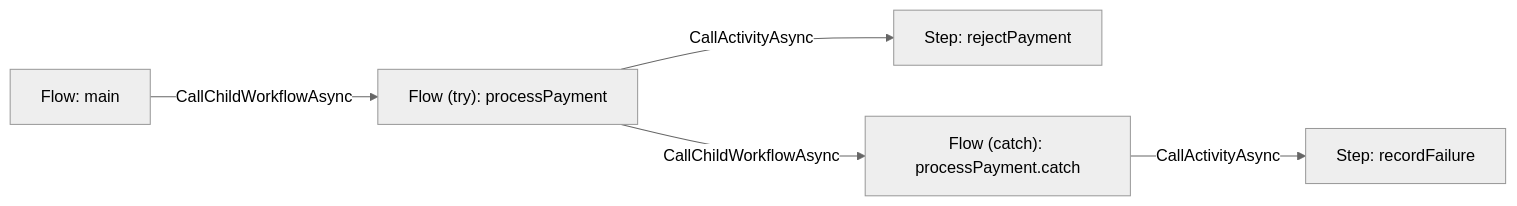
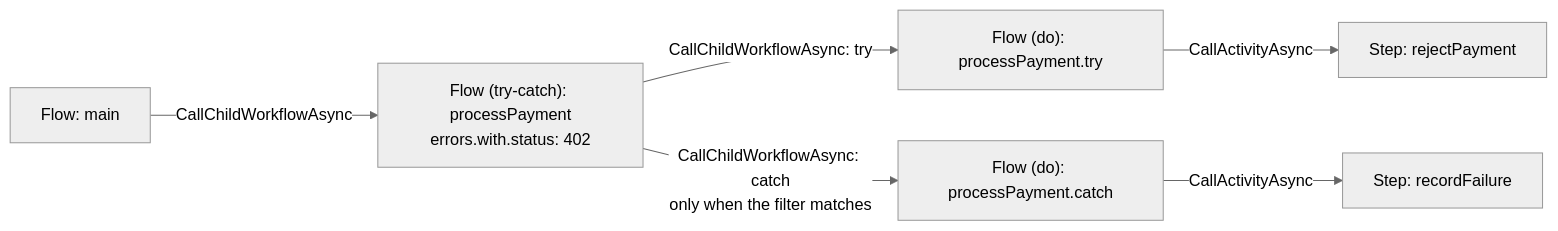
Before and after one commit to tonylibs/dapr-workflow-spec: the sixth of 6 diagrams in docs/roadmaps/workflow-runtime-architecture.md, drawn with Mermaid (neutral theme). The commit also changed other lines of this file and 3 other files, not shown here.

First line of the commit message:
docs(controller): sync the runtime architecture doc with ADR 0004

````diff
--- a/docs/roadmaps/workflow-runtime-architecture.md
+++ b/docs/roadmaps/workflow-runtime-architecture.md
@@ -374,7 +378,8 @@
 ```mermaid
 flowchart LR
-  Main["Flow: main"] -->|CallChildWorkflowAsync| Try["Flow (try): processPayment"]
-  Try -->|CallActivityAsync| Raise["Step: rejectPayment"]
-  Try -->|CallChildWorkflowAsync| Catch["Flow (catch): processPayment.catch"]
-  Catch -->|CallActivityAsync| Recover["Step: recordFailure"]
+  Main["Flow: main"] -->|CallChildWorkflowAsync| TryCatch["Flow (try-catch): processPayment<br/>errors.with.status: 402"]
+  TryCatch -->|CallChildWorkflowAsync: try| TryDo["Flow (do): processPayment.try"]
+  TryCatch -->|CallChildWorkflowAsync: catch<br/>only when the filter matches| CatchDo["Flow (do): processPayment.catch"]
+  TryDo -->|CallActivityAsync| Raise["Step: rejectPayment"]
+  CatchDo -->|CallActivityAsync| Recover["Step: recordFailure"]
 ```
````
